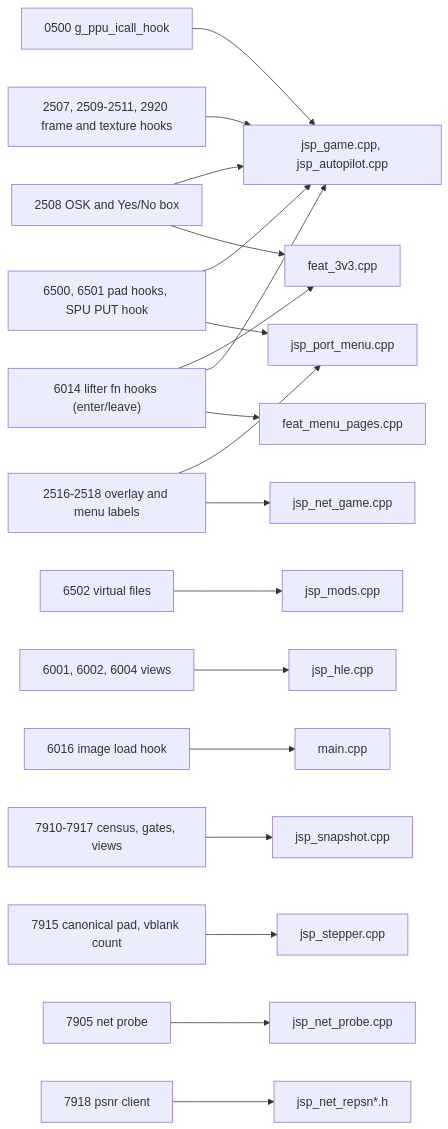
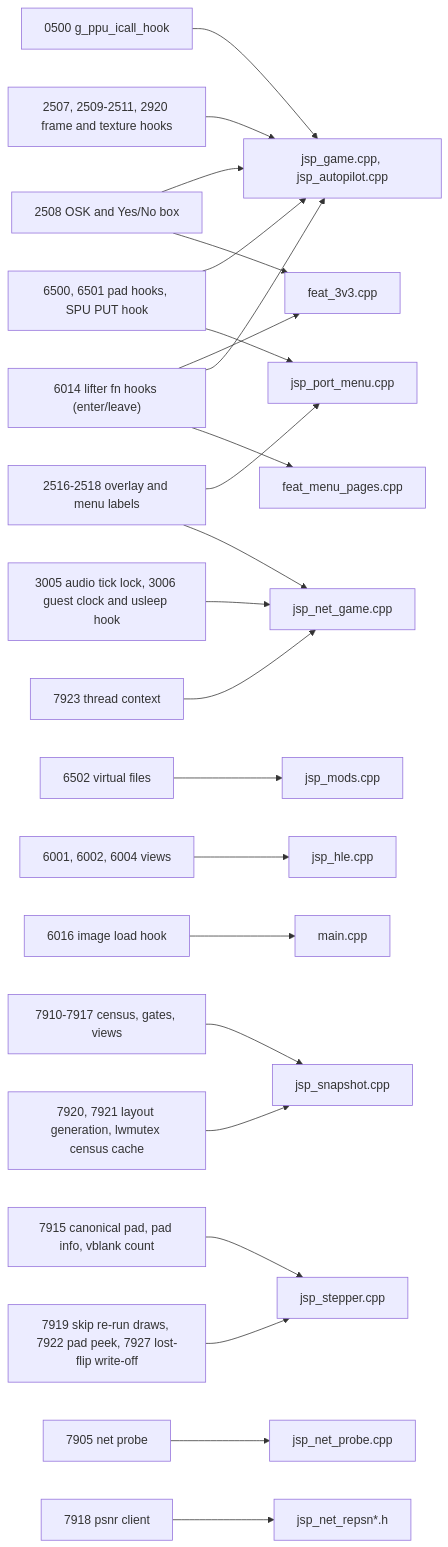
Before and after one commit to Tsamiuy/jsp-vs-ex: the second of 2 diagrams in docs/code-map/patches.md, drawn with Mermaid. The commit also changed other lines of this file and 5 other files, not shown here.

````diff
--- a/docs/code-map/patches.md
+++ b/docs/code-map/patches.md
@@ -60,16 +61,20 @@
 ```mermaid
 flowchart LR
   G0500["0500 g_ppu_icall_hook"] --> jg["jsp_game.cpp, jsp_autopilot.cpp"]
   G25["2507, 2509-2511, 2920 frame and texture hooks"] --> jg
   G2508["2508 OSK and Yes/No box"] --> jg & f3["feat_3v3.cpp"]
   G2516["2516-2518 overlay and menu labels"] --> pm["jsp_port_menu.cpp"] & ng["jsp_net_game.cpp"]
   G65["6500, 6501 pad hooks, SPU PUT hook"] --> jg & pm
   G6502["6502 virtual files"] --> mods["jsp_mods.cpp"]
   G6014["6014 lifter fn hooks (enter/leave)"] --> f3 & jg & mp["feat_menu_pages.cpp"]
   G60["6001, 6002, 6004 views"] --> hle["jsp_hle.cpp"]
   G6016["6016 image load hook"] --> main["main.cpp"]
   G79s["7910-7917 census, gates, views"] --> snap["jsp_snapshot.cpp"]
-  G7915["7915 canonical pad, vblank count"] --> step["jsp_stepper.cpp"]
+  G7920["7920, 7921 layout generation, lwmutex census cache"] --> snap
+  G7915["7915 canonical pad, pad info, vblank count"] --> step["jsp_stepper.cpp"]
+  G79st["7919 skip re-run draws, 7922 pad peek, 7927 lost-flip write-off"] --> step
+  G3005["3005 audio tick lock, 3006 guest clock and usleep hook"] --> ng
+  G7923["7923 thread context"] --> ng
   G7905["7905 net probe"] --> probe["jsp_net_probe.cpp"]
   G7918["7918 psnr client"] --> repsn["jsp_net_repsn*.h"]
 ```
````
